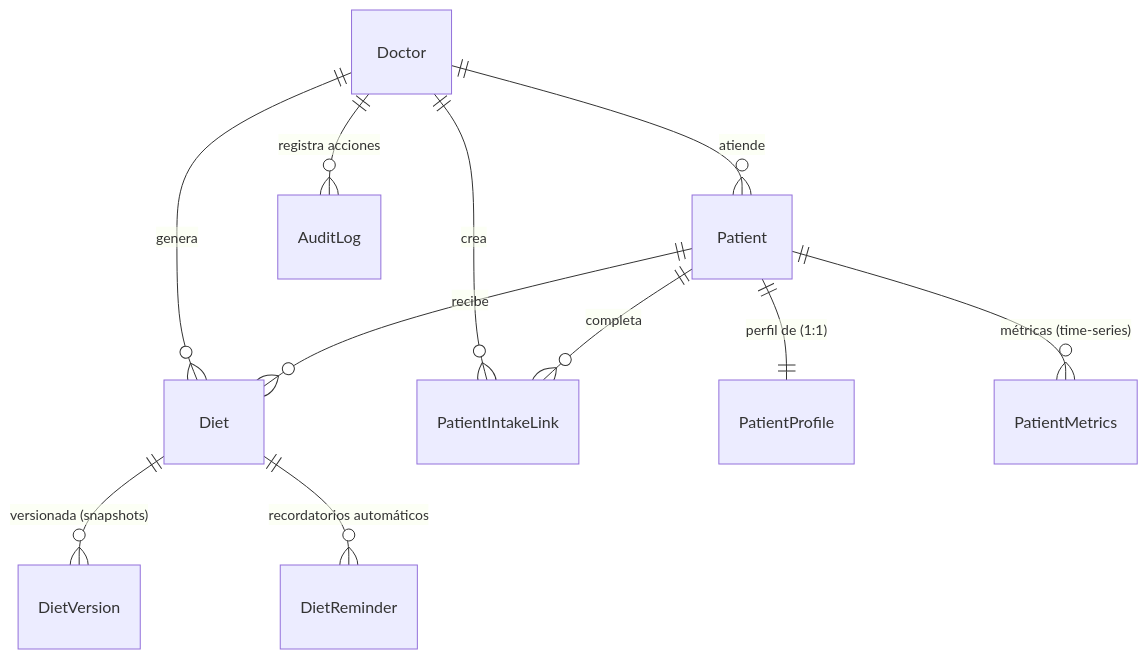
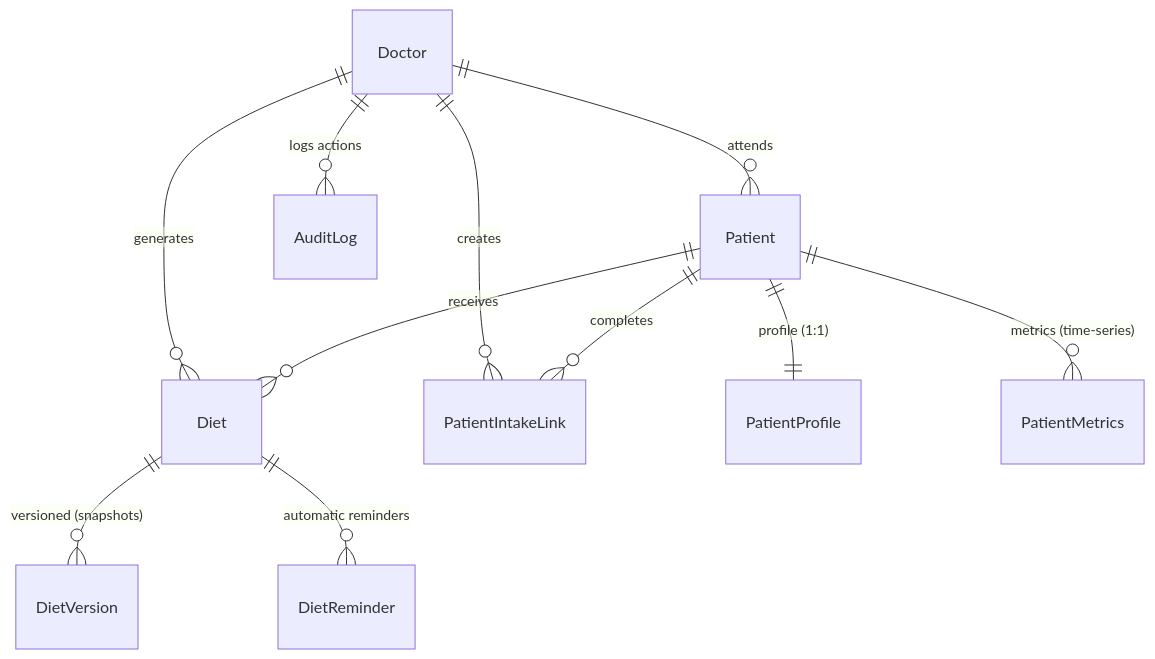
The second of 2 diagrams in docs/ARCHITECTURE.md (hrafael2011/draAcostaNutribot), drawn with Mermaid before and after one commit. The commit also changed other lines of this file, not shown here.

First line of the commit message:
docs: translate ARCHITECTURE.md to English

````diff
--- a/docs/ARCHITECTURE.md
+++ b/docs/ARCHITECTURE.md
@@ -107,13 +107,13 @@
 ```mermaid
 erDiagram
-  Doctor ||--o{ Patient : "atiende"
-  Doctor ||--o{ Diet : "genera"
-  Doctor ||--o{ PatientIntakeLink : "crea"
-  Doctor ||--o{ AuditLog : "registra acciones"
-  Patient ||--|| PatientProfile : "perfil de (1:1)"
-  Patient ||--o{ PatientMetrics : "métricas (time-series)"
-  Patient ||--o{ Diet : "recibe"
-  Patient ||--o{ PatientIntakeLink : "completa"
-  Diet ||--o{ DietVersion : "versionada (snapshots)"
-  Diet ||--o{ DietReminder : "recordatorios automáticos"
+  Doctor ||--o{ Patient : "attends"
+  Doctor ||--o{ Diet : "generates"
+  Doctor ||--o{ PatientIntakeLink : "creates"
+  Doctor ||--o{ AuditLog : "logs actions"
+  Patient ||--|| PatientProfile : "profile (1:1)"
+  Patient ||--o{ PatientMetrics : "metrics (time-series)"
+  Patient ||--o{ Diet : "receives"
+  Patient ||--o{ PatientIntakeLink : "completes"
+  Diet ||--o{ DietVersion : "versioned (snapshots)"
+  Diet ||--o{ DietReminder : "automatic reminders"
 ```
````
